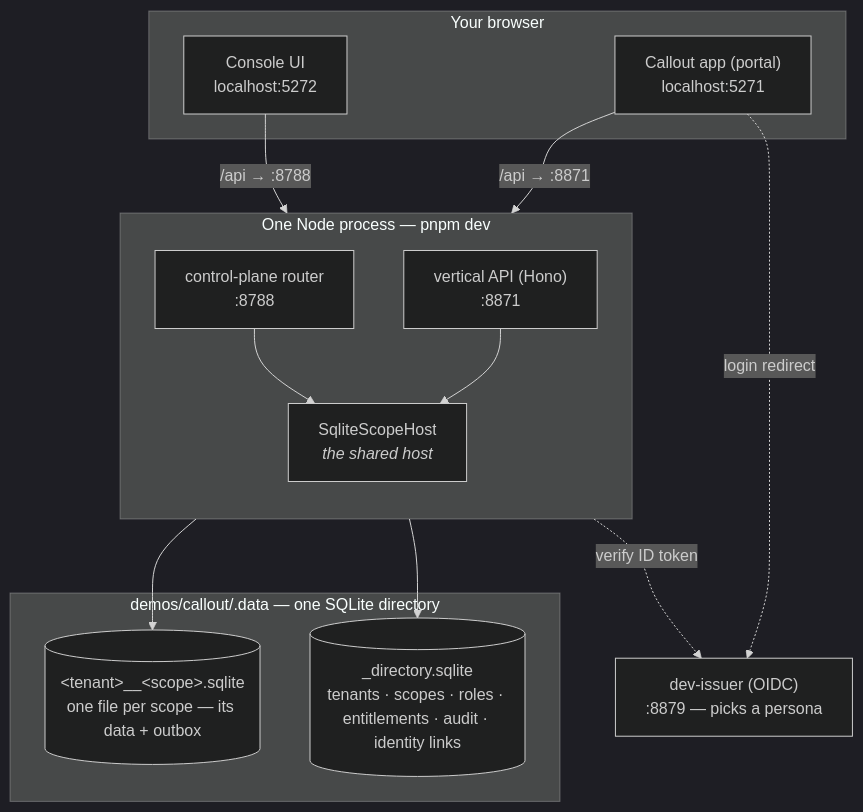
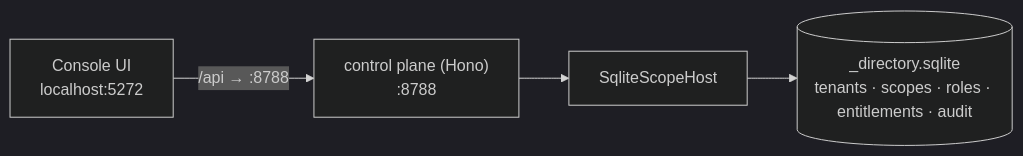
Before and after one commit to substrat-run/substrat: the diagram in apps/docs/guide/running-locally.md, drawn with Mermaid (dark theme). The commit also changed other lines of this file and 166 other files, not shown here.

First line of the commit message:
Remove the Callout demo vertical (#2112)

````diff
--- a/apps/docs/guide/running-locally.md
+++ b/apps/docs/guide/running-locally.md
@@ -45,30 +36,6 @@
 ```mermaid
-flowchart TB
-  subgraph browser["Your browser"]
-    C["Console UI<br/>localhost:5272"]
-    A["Callout app (portal)<br/>localhost:5271"]
-  end
-
-  subgraph proc["One Node process — pnpm dev"]
-    direction TB
-    CP["control-plane router<br/>:8788"]
-    V["vertical API (Hono)<br/>:8871"]
-    H["SqliteScopeHost<br/><i>the shared host</i>"]
-    CP --> H
-    V --> H
-  end
-
-  I["dev-issuer (OIDC)<br/>:8879 — picks a persona"]
-
-  subgraph data["demos/callout/.data — one SQLite directory"]
-    D[("_directory.sqlite<br/>tenants · scopes · roles · entitlements · audit · identity links")]
-    S[("&lt;tenant&gt;__&lt;scope&gt;.sqlite<br/>one file per scope — its data + outbox")]
-  end
-
-  C -->|"/api → :8788"| CP
-  A -->|"/api → :8871"| V
-  A -.->|"login redirect"| I
-  V -.->|"verify ID token"| I
-  H --> D
-  H --> S
+flowchart LR
+  C["Console UI<br/>localhost:5272"] -->|"/api → :8788"| CP["control plane (Hono)<br/>:8788"]
+  CP --> H["SqliteScopeHost"]
+  H --> D[("_directory.sqlite<br/>tenants · scopes · roles · entitlements · audit")]
 ```
````
